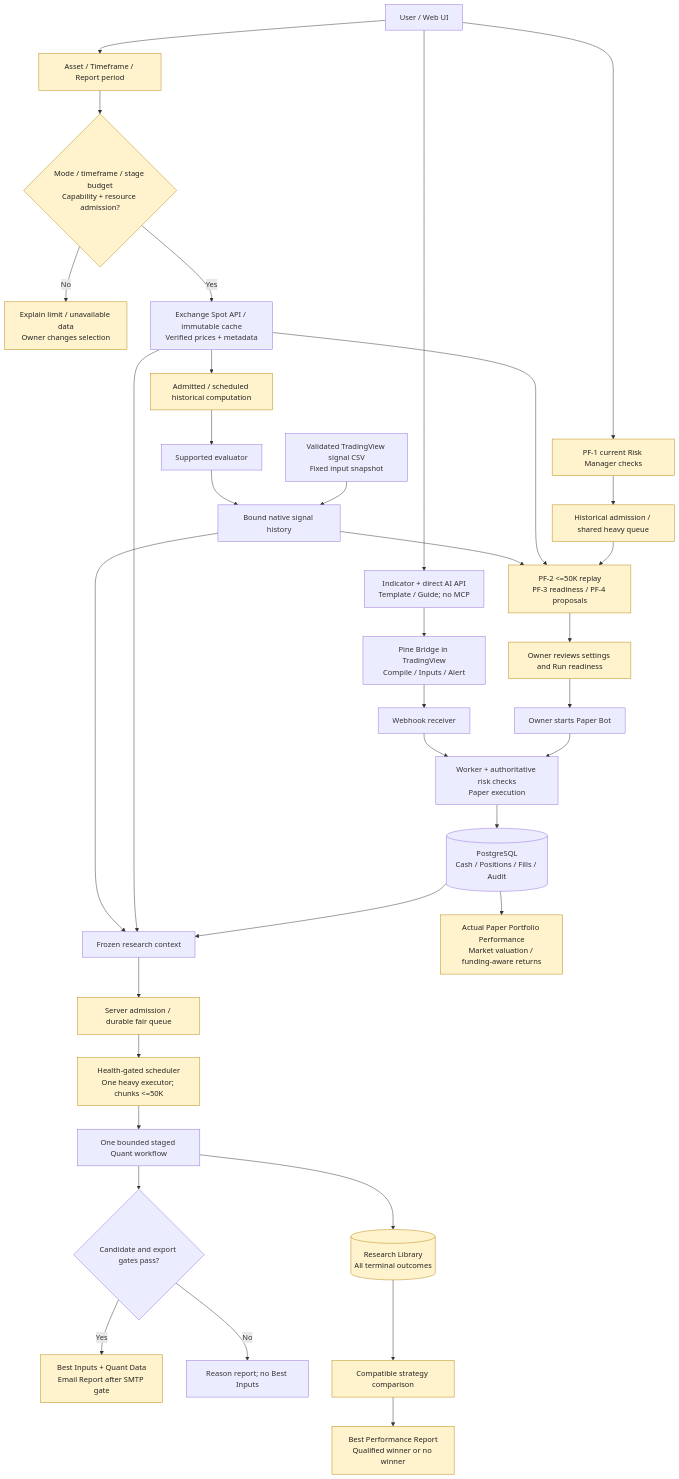
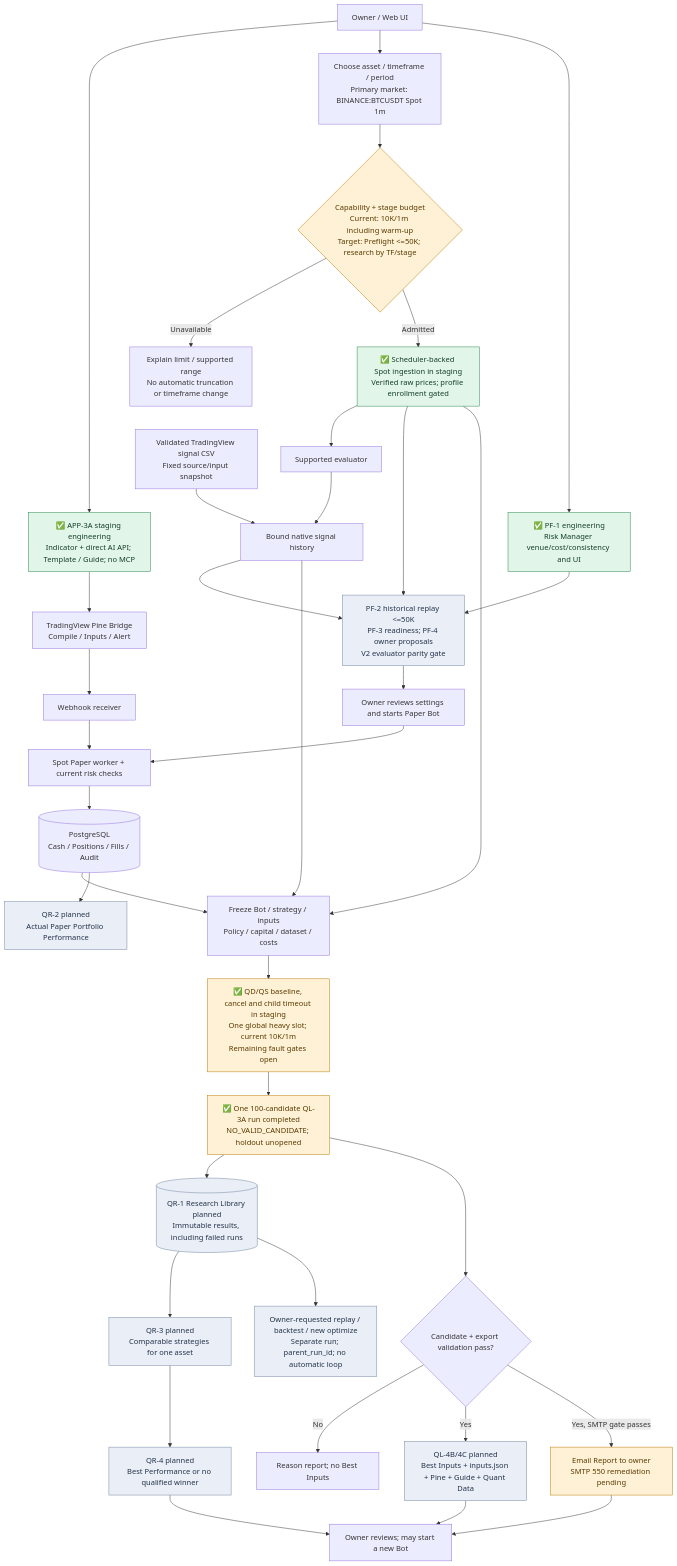
The third of 4 diagrams in docs/ROADMAP.md (sanchatmd-dev/trading-bot), drawn with Mermaid before and after one commit. The commit also changed other lines of this file and 7 other files, not shown here.

Commit message:
docs(quant): checkpoint lifecycle timeout and agent roles

````diff
--- a/docs/ROADMAP.md
+++ b/docs/ROADMAP.md
@@ -459,39 +476,47 @@
 ```mermaid
 flowchart TD
-    U["User / Web UI"] --> AI["Indicator + direct AI API<br/>Template / Guide; no MCP"]
-    AI --> TV["Pine Bridge in TradingView<br/>Compile / Inputs / Alert"]
-    U --> RANGE["Asset / Timeframe / Report period"]
-    RANGE --> CAP{"Mode / timeframe / stage budget<br/>Capability + resource admission?"}
-    CAP -->|No| BLOCK["Explain limit / unavailable data<br/>Owner changes selection"]
-    CAP -->|Yes| DATA["Exchange Spot API / immutable cache<br/>Verified prices + metadata"]
-    DATA --> EA["Admitted / scheduled historical computation"]
-    EA --> EVAL["Supported evaluator"]
-    CSV["Validated TradingView signal CSV<br/>Fixed input snapshot"] --> SIGNALS["Bound native signal history"]
+    U["Owner / Web UI"] --> AI["✅ APP-3A staging engineering<br/>Indicator + direct AI API; Template / Guide; no MCP"]
+    AI --> TV["TradingView Pine Bridge<br/>Compile / Inputs / Alert"]
+    TV --> RX["Webhook receiver"]
+
+    U --> RANGE["Choose asset / timeframe / period<br/>Primary market: BINANCE:BTCUSDT Spot 1m"]
+    RANGE --> CAP{"Capability + stage budget<br/>Current: 10K/1m including warm-up<br/>Target: Preflight <=50K; research by TF/stage"}
+    CAP -->|Unavailable| BLOCK["Explain limit / supported range<br/>No automatic truncation or timeframe change"]
+    CAP -->|Admitted| DATA["✅ Scheduler-backed Spot ingestion in staging<br/>Verified raw prices; profile enrollment gated"]
+    DATA --> EVAL["Supported evaluator"]
+    CSV["Validated TradingView signal CSV<br/>Fixed source/input snapshot"] --> SIGNALS["Bound native signal history"]
     EVAL --> SIGNALS
-    U --> PF1["PF-1 current Risk Manager checks"]
-    PF1 --> PQA["Historical admission / shared heavy queue"]
-    PQA --> PF["PF-2 <=50K replay<br/>PF-3 readiness / PF-4 proposals"]
+
+    U --> PF1["✅ PF-1 engineering<br/>Risk Manager venue/cost/consistency and UI"]
+    PF1 --> PF["PF-2 historical replay <=50K<br/>PF-3 readiness; PF-4 owner proposals<br/>V2 evaluator parity gate"]
     DATA --> PF
     SIGNALS --> PF
-    PF --> OWNER["Owner reviews settings and Run readiness"]
-    OWNER --> ENABLE["Owner starts Paper Bot"]
-    TV --> RX["Webhook receiver"]
-    ENABLE --> WORKER["Worker + authoritative risk checks<br/>Paper execution"]
+    PF --> OWNER["Owner reviews settings and starts Paper Bot"]
+    OWNER --> WORKER["Spot Paper worker + current risk checks"]
     RX --> WORKER
     WORKER --> DB[("PostgreSQL<br/>Cash / Positions / Fills / Audit")]
-    DB --> SNAP["Frozen research context"]
+
+    DB --> SNAP["Freeze Bot / strategy / inputs<br/>Policy / capital / dataset / costs"]
     DATA --> SNAP
     SIGNALS --> SNAP
-    SNAP --> QA["Server admission / durable fair queue"]
-    QA --> QS["Health-gated scheduler<br/>One heavy executor; chunks <=50K"]
-    QS --> OPT["One bounded staged Quant workflow"]
-    OPT --> LIB[("Research Library<br/>All terminal outcomes")]
-    OPT --> VALID{"Candidate and export gates pass?"}
-    VALID -->|Yes| PACKAGE["Best Inputs + Quant Data<br/>Email Report after SMTP gate"]
+    SNAP --> QS["✅ QD/QS baseline, cancel and child timeout in staging<br/>One global heavy slot; current 10K/1m<br/>Remaining fault gates open"]
+    QS --> OPT["✅ One 100-candidate QL-3A run completed<br/>NO_VALID_CANDIDATE; holdout unopened"]
+    OPT --> LIB[("QR-1 Research Library planned<br/>Immutable results, including failed runs")]
+    OPT --> VALID{"Candidate + export validation pass?"}
     VALID -->|No| REASON["Reason report; no Best Inputs"]
-    DB --> PORT["Actual Paper Portfolio Performance<br/>Market valuation / funding-aware returns"]
-    LIB --> COMP["Compatible strategy comparison"]
-    COMP --> BEST["Best Performance Report<br/>Qualified winner or no winner"]
-    classDef planned fill:#fff3cd,stroke:#b8860b,color:#222;
-    class RANGE,CAP,BLOCK,EA,PQA,QA,QS,PF1,PF,OWNER,LIB,PACKAGE,PORT,COMP,BEST planned;
+    VALID -->|Yes| PACKAGE["QL-4B/4C planned<br/>Best Inputs + inputs.json + Pine + Guide + Quant Data"]
+    VALID -->|Yes, SMTP gate passes| MAIL["Email Report to owner<br/>SMTP 550 remediation pending"]
+    PACKAGE --> REVIEW["Owner reviews; may start a new Bot"]
+    MAIL --> REVIEW
+    DB --> PORT["QR-2 planned<br/>Actual Paper Portfolio Performance"]
+    LIB --> COMP["QR-3 planned<br/>Comparable strategies for one asset"]
+    COMP --> BEST["QR-4 planned<br/>Best Performance or no qualified winner"]
+    BEST --> REVIEW
+    LIB --> FOLLOW["Owner-requested replay / backtest / new optimize<br/>Separate run; parent_run_id; no automatic loop"]
+    classDef scoped fill:#e1f5e8,stroke:#23844b,color:#143d28;
+    classDef partial fill:#fff1d5,stroke:#b77900,color:#573a00;
+    classDef planned fill:#e9eef7,stroke:#71829d,color:#243348;
+    class AI,PF1,DATA scoped;
+    class CAP,QS,OPT,MAIL partial;
+    class PF,LIB,PACKAGE,PORT,COMP,BEST,FOLLOW planned;
 ```
````
